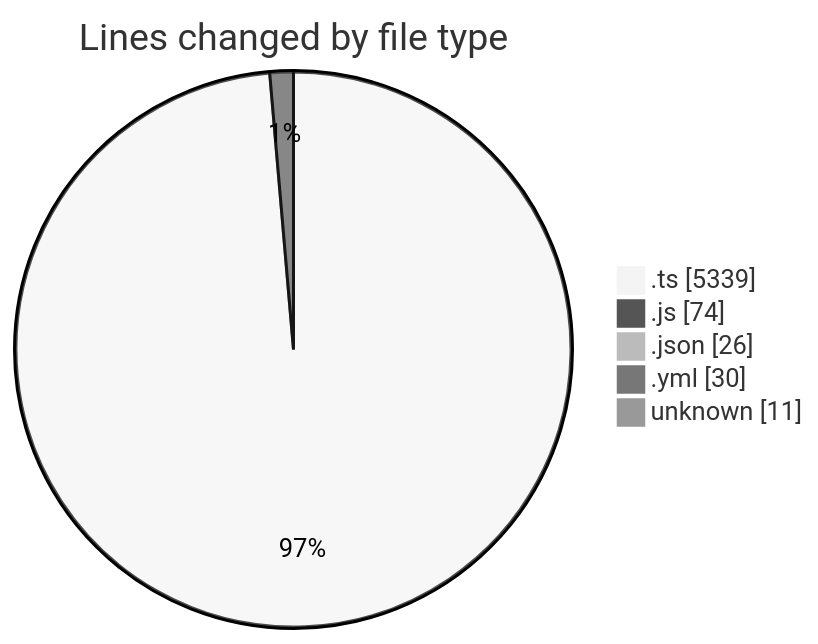
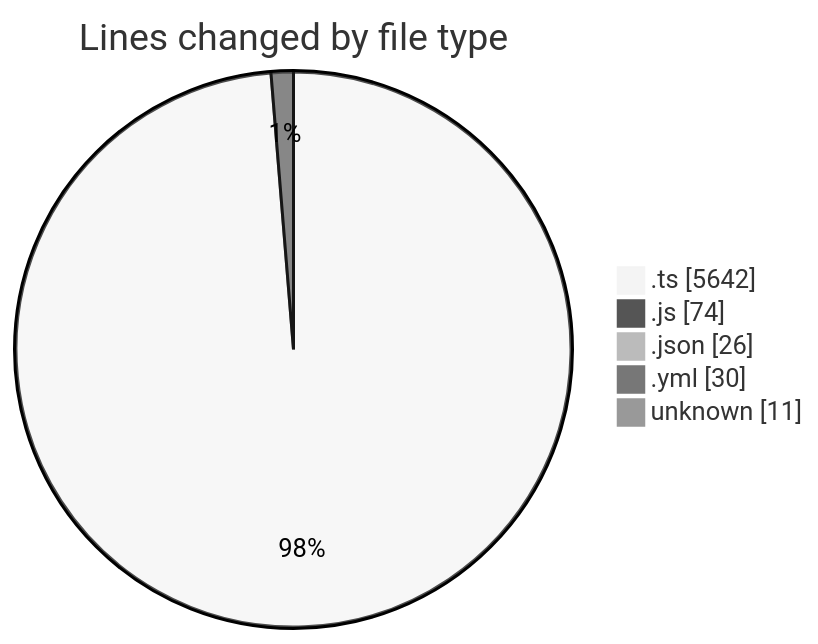
Before and after one commit to tmsrecording-cyber/code-tracking: the first of 2 diagrams in 2026-02-07/singularitybrainai/README.md, drawn with Mermaid (neutral theme). The commit also changed other lines of this file and 1 other file, not shown here.

````diff
--- a/2026-02-07/singularitybrainai/README.md
+++ b/2026-02-07/singularitybrainai/README.md
@@ -36,9 +37,9 @@
 ```mermaid
 pie showData
 title Lines changed by file type
-".ts" : 5339
+".ts" : 5642
 ".js" : 74
 ".json" : 26
 ".yml" : 30
 "unknown" : 11
 ```
````
